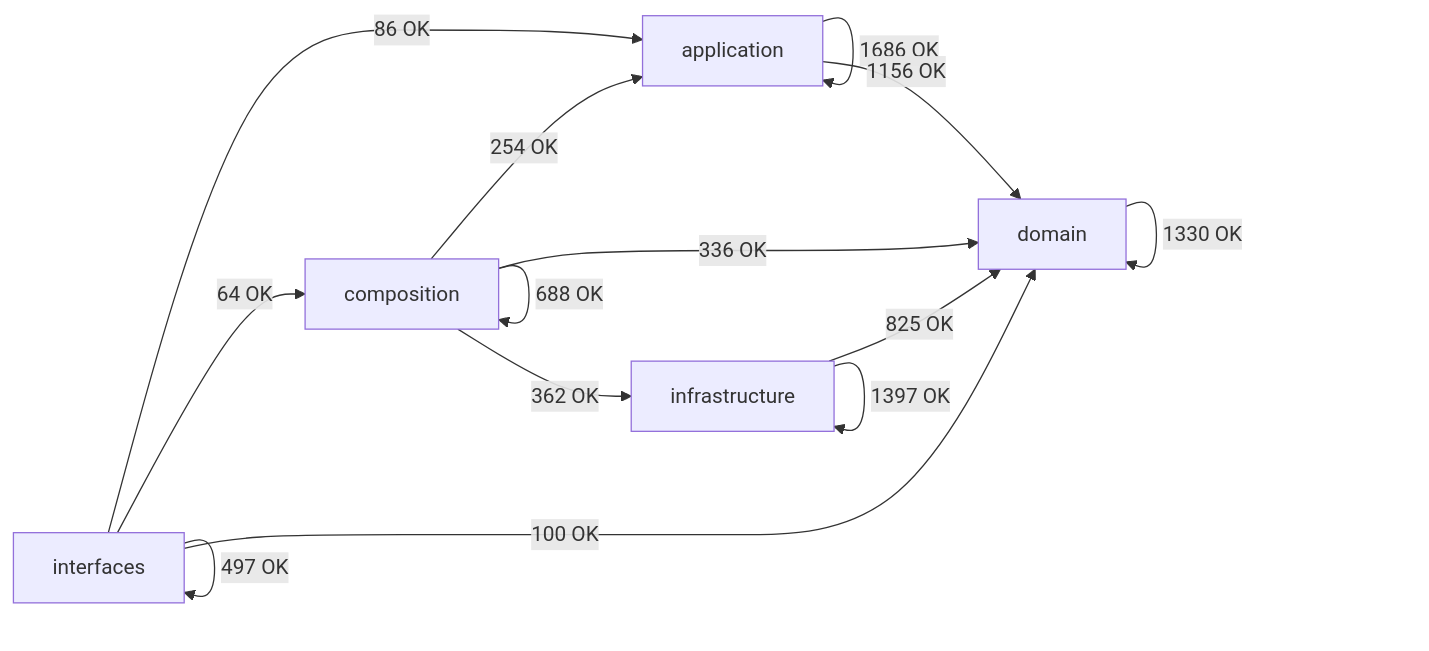
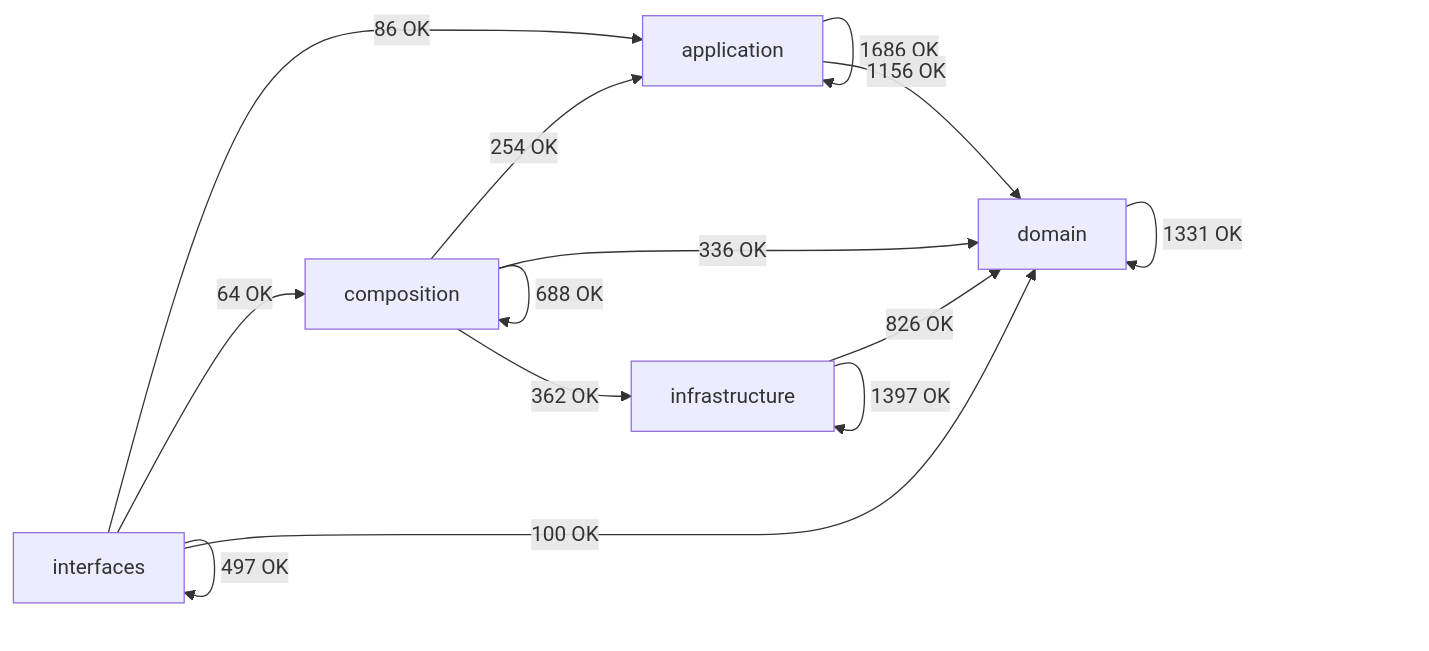
Before and after one commit to SatoryKono/BioactivityDataAcquisition: the diagram in docs/02-architecture/generated/module-dependency-map.md, drawn with Mermaid. The commit also changed other lines of this file and 12 other files, not shown here.

First line of the commit message:
fix(ci): rebind gold inventory and architecture dependency map

````diff
--- a/docs/02-architecture/generated/module-dependency-map.md
+++ b/docs/02-architecture/generated/module-dependency-map.md
@@ -17,21 +17,21 @@
 ```mermaid
 flowchart LR
     domain[domain]
     application[application]
     infrastructure[infrastructure]
     composition[composition]
     interfaces[interfaces]
     application -->|1686 OK| application
     application -->|1156 OK| domain
     composition -->|254 OK| application
     composition -->|688 OK| composition
     composition -->|336 OK| domain
     composition -->|362 OK| infrastructure
-    domain -->|1330 OK| domain
-    infrastructure -->|825 OK| domain
+    domain -->|1331 OK| domain
+    infrastructure -->|826 OK| domain
     infrastructure -->|1397 OK| infrastructure
     interfaces -->|86 OK| application
     interfaces -->|64 OK| composition
     interfaces -->|100 OK| domain
     interfaces -->|497 OK| interfaces
 ```
````
